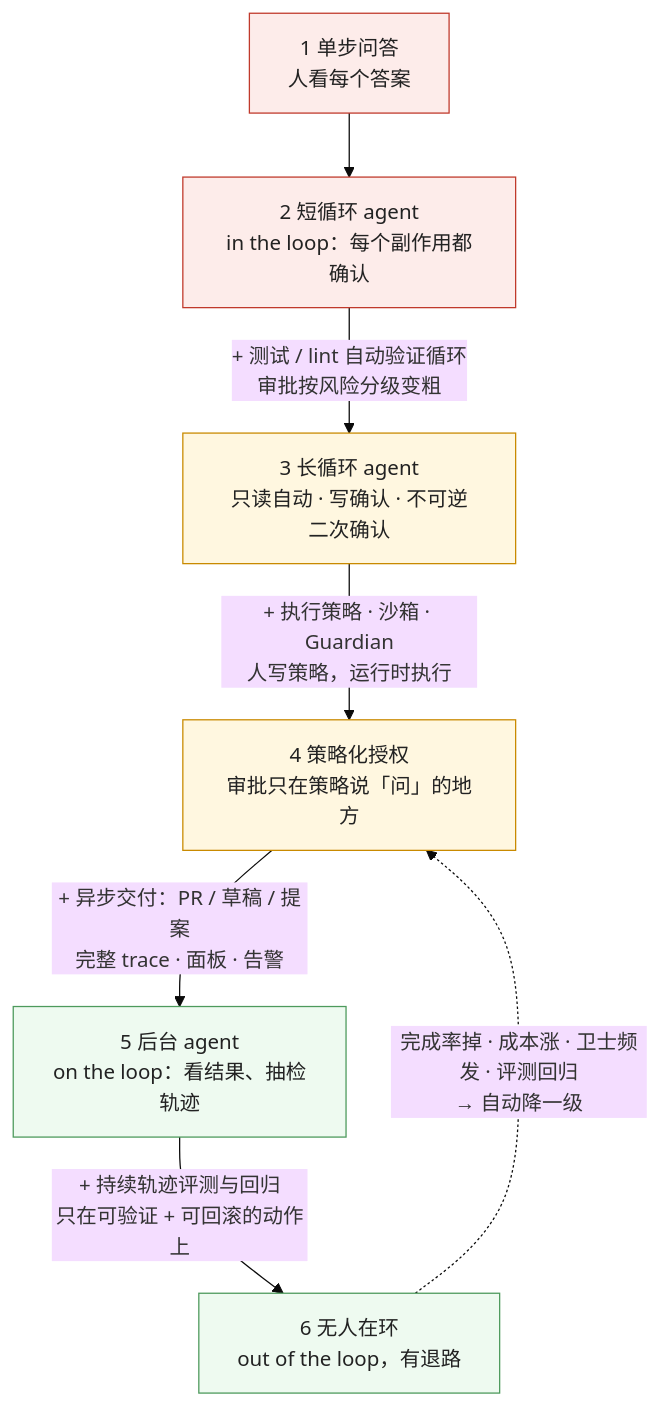
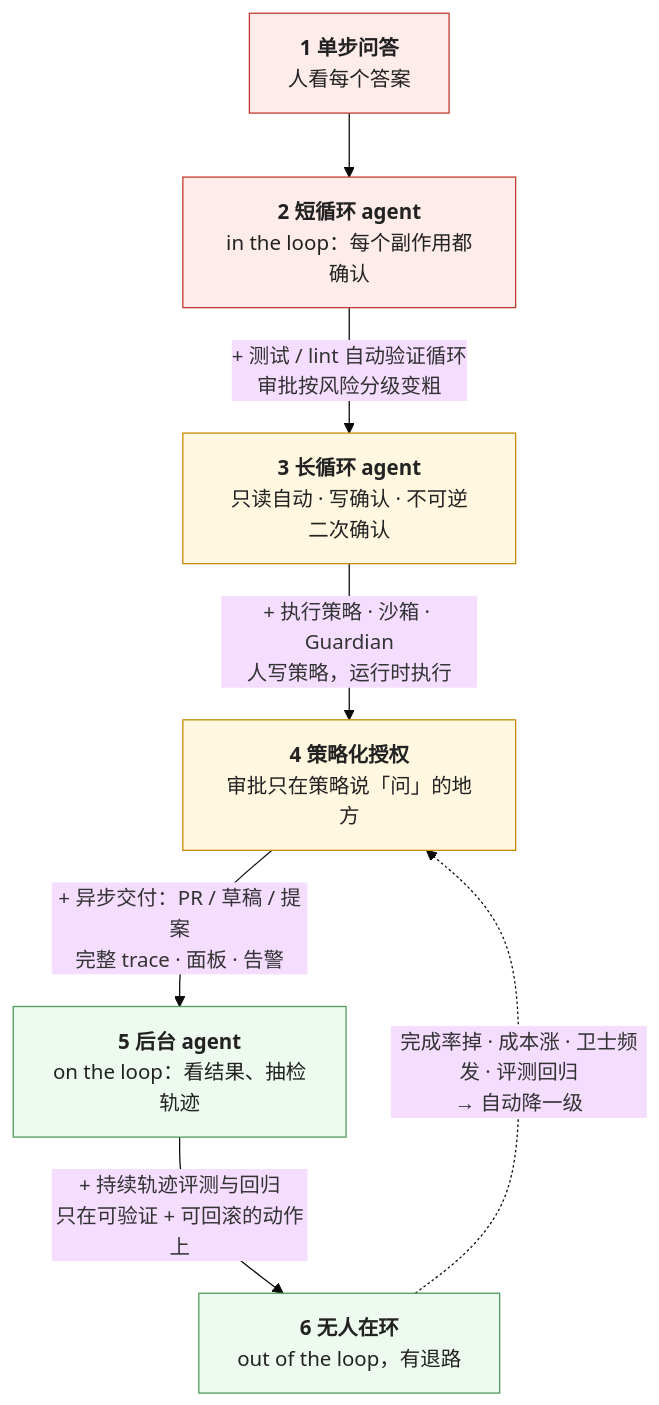
Before and after one commit to arganzheng/arganzheng.github.com: the third of 5 diagrams in _posts/2026-10-28-agent-memory-and-human-in-the-loop.md, drawn with Mermaid (base theme). The commit also changed other lines of this file and 9 other files, not shown here.

First line of the commit message:
工具、Agent 与 harness：模型怎么从回答变成做事：Mermaid 多行方框的首行标为标题（10 篇）

````diff
--- a/_posts/2026-10-28-agent-memory-and-human-in-the-loop.md
+++ b/_posts/2026-10-28-agent-memory-and-human-in-the-loop.md
@@ -140,16 +140,16 @@
 ```mermaid
 %% 图：人参与的六级，每升一级把一类验证从人交给系统——2 → 3 靠测试 / lint 的自动验证循环让审批变粗；3 → 4 人写执行策略、运行时执行；4 → 5 人退到环上看结果与面板，产物是可审阅的 PR / 草稿；5 → 6 只在可自动验证 + 可回滚的动作上，异常自动降级；能自动验证到什么程度就能自主到什么程度
 flowchart TB
-    L1["1 单步问答<br/>人看每个答案"] --> L2["2 短循环 agent<br/>in the loop：每个副作用都确认"]
-    L2 -->|"+ 测试 / lint 自动验证循环<br/>审批按风险分级变粗"| L3["3 长循环 agent<br/>只读自动 · 写确认 · 不可逆二次确认"]
-    L3 -->|"+ 执行策略 · 沙箱 · Guardian<br/>人写策略，运行时执行"| L4["4 策略化授权<br/>审批只在策略说「问」的地方"]
-    L4 -->|"+ 异步交付：PR / 草稿 / 提案<br/>完整 trace · 面板 · 告警"| L5["5 后台 agent<br/>on the loop：看结果、抽检轨迹"]
-    L5 -->|"+ 持续轨迹评测与回归<br/>只在可验证 + 可回滚的动作上"| L6["6 无人在环<br/>out of the loop，有退路"]
+    L1["<b>1 单步问答</b><br/>人看每个答案"] --> L2["<b>2 短循环 agent</b><br/>in the loop：每个副作用都确认"]
+    L2 -->|"+ 测试 / lint 自动验证循环<br/>审批按风险分级变粗"| L3["<b>3 长循环 agent</b><br/>只读自动 · 写确认 · 不可逆二次确认"]
+    L3 -->|"+ 执行策略 · 沙箱 · Guardian<br/>人写策略，运行时执行"| L4["<b>4 策略化授权</b><br/>审批只在策略说「问」的地方"]
+    L4 -->|"+ 异步交付：PR / 草稿 / 提案<br/>完整 trace · 面板 · 告警"| L5["<b>5 后台 agent</b><br/>on the loop：看结果、抽检轨迹"]
+    L5 -->|"+ 持续轨迹评测与回归<br/>只在可验证 + 可回滚的动作上"| L6["<b>6 无人在环</b><br/>out of the loop，有退路"]
     L6 -.->|"完成率掉 · 成本涨 · 卫士频发 · 评测回归<br/>→ 自动降一级"| L4
     classDef a fill:#fdecea,stroke:#c0392b,color:#222
     classDef b fill:#fff7e0,stroke:#c98a00,color:#222
     classDef c fill:#eefaf0,stroke:#4d9a5c,color:#222
     class L1,L2 a
     class L3,L4 b
     class L5,L6 c
 ```
````
